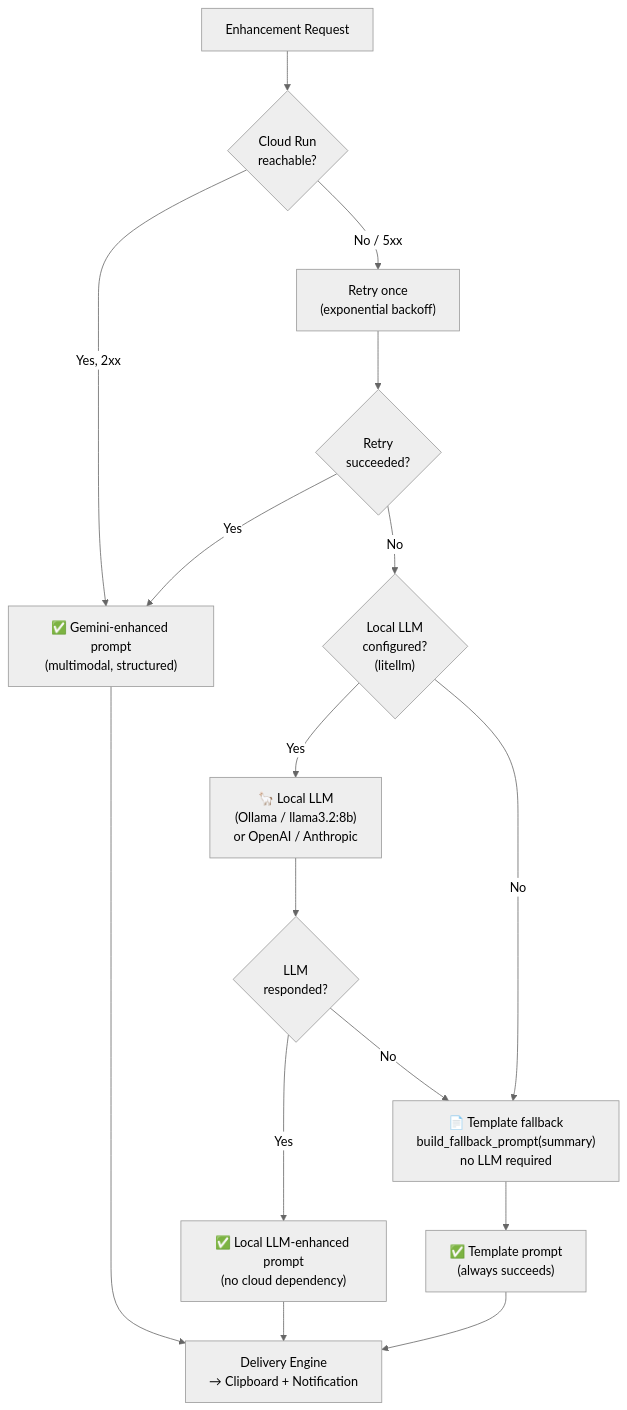
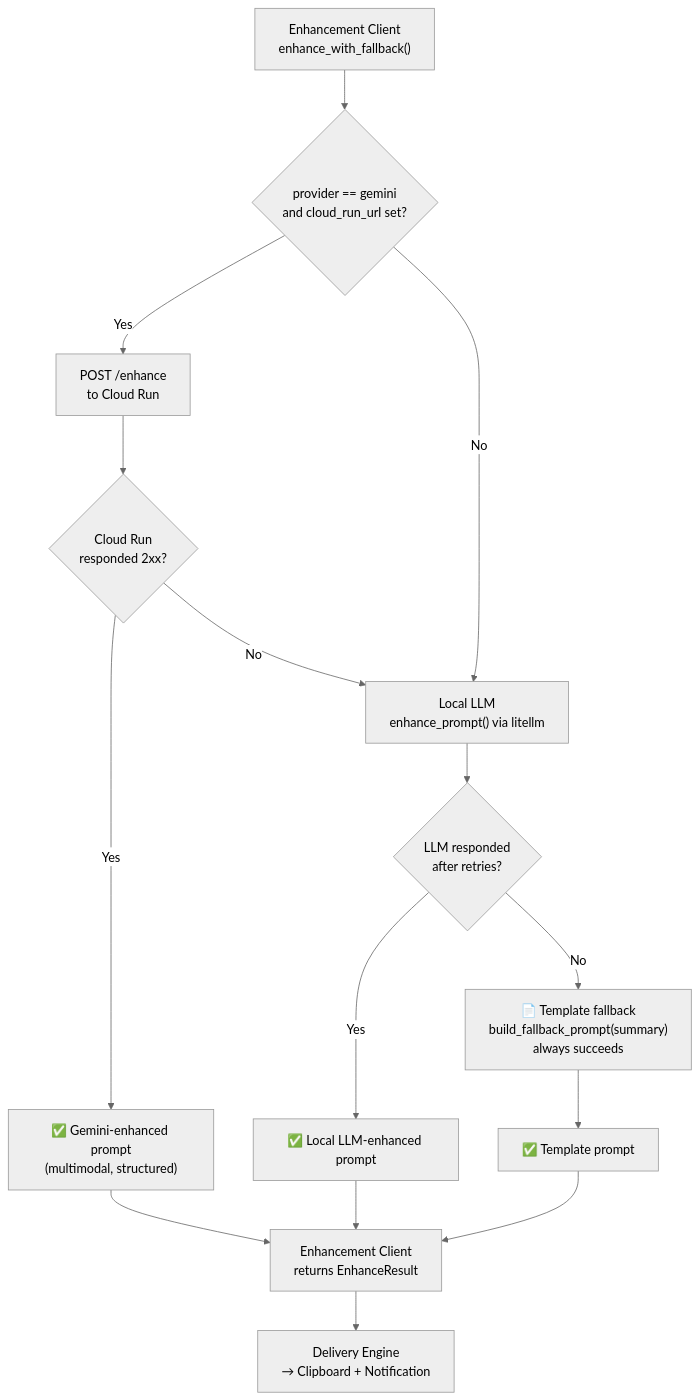
One commit to VinnyBabuManjaly/PromptShell changed the sixth of 9 diagrams in docs/system_design.md. Above: the diagram before and after it, drawn with Mermaid (neutral theme). The commit also changed other lines of this file and 4 other files, not shown here.

Commit message:
Add comprehensive documentation: README, system design, demo script, and updated architecture docs

````diff
--- a/docs/system_design.md
+++ b/docs/system_design.md
@@ -247,26 +231,25 @@
 ```mermaid
 flowchart TD
-    START["Enhancement Request"] --> CR
+    START["Enhancement Client<br/>enhance_with_fallback()"] --> HAS_URL
 
-    CR{"Cloud Run\nreachable?"}
-    CR -->|Yes, 2xx| OK["✅ Gemini-enhanced prompt\n(multimodal, structured)"]
-    CR -->|No / 5xx| RETRY["Retry once\n(exponential backoff)"]
-    RETRY --> CR2{"Retry\nsucceeded?"}
-    CR2 -->|Yes| OK
-    CR2 -->|No| LOCAL
+    HAS_URL{"provider == gemini<br/>and cloud_run_url set?"}
+    HAS_URL -->|Yes| CR["POST /enhance<br/>to Cloud Run"]
+    HAS_URL -->|No| LOCAL
 
-    LOCAL{"Local LLM\nconfigured?\n(litellm)"}
-    LOCAL -->|Yes| OLLAMA["🦙 Local LLM\n(Ollama / llama3.2:8b)\nor OpenAI / Anthropic"]
-    LOCAL -->|No| TPL
+    CR --> CROK{"Cloud Run<br/>responded 2xx?"}
+    CROK -->|Yes| OK["✅ Gemini-enhanced prompt<br/>(multimodal, structured)"]
+    CROK -->|No| LOCAL["Local LLM<br/>enhance_prompt() via litellm"]
 
-    OLLAMA --> OLLOK{"LLM\nresponded?"}
-    OLLOK -->|Yes| OK2["✅ Local LLM-enhanced prompt\n(no cloud dependency)"]
-    OLLOK -->|No| TPL
+    LOCAL --> LLMOK{"LLM responded<br/>after retries?"}
+    LLMOK -->|Yes| OK2["✅ Local LLM-enhanced prompt"]
+    LLMOK -->|No| TPL
 
-    TPL["📄 Template fallback\nbuild_fallback_prompt(summary)\nno LLM required"]
-    TPL --> OK3["✅ Template prompt\n(always succeeds)"]
+    TPL["📄 Template fallback<br/>build_fallback_prompt(summary)<br/>always succeeds"]
+    TPL --> OK3["✅ Template prompt"]
 
-    OK --> DEL["Delivery Engine\n→ Clipboard + Notification"]
-    OK2 --> DEL
-    OK3 --> DEL
+    OK --> EC["Enhancement Client<br/>returns EnhanceResult"]
+    OK2 --> EC
+    OK3 --> EC
+
+    EC --> DEL["Delivery Engine<br/>→ Clipboard + Notification"]
 ```
````
